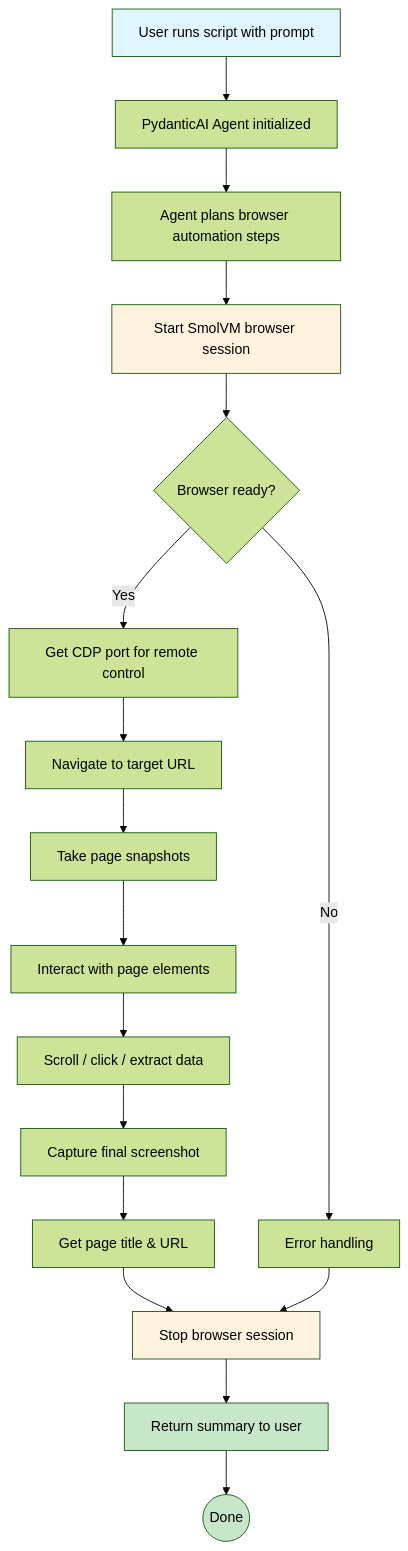
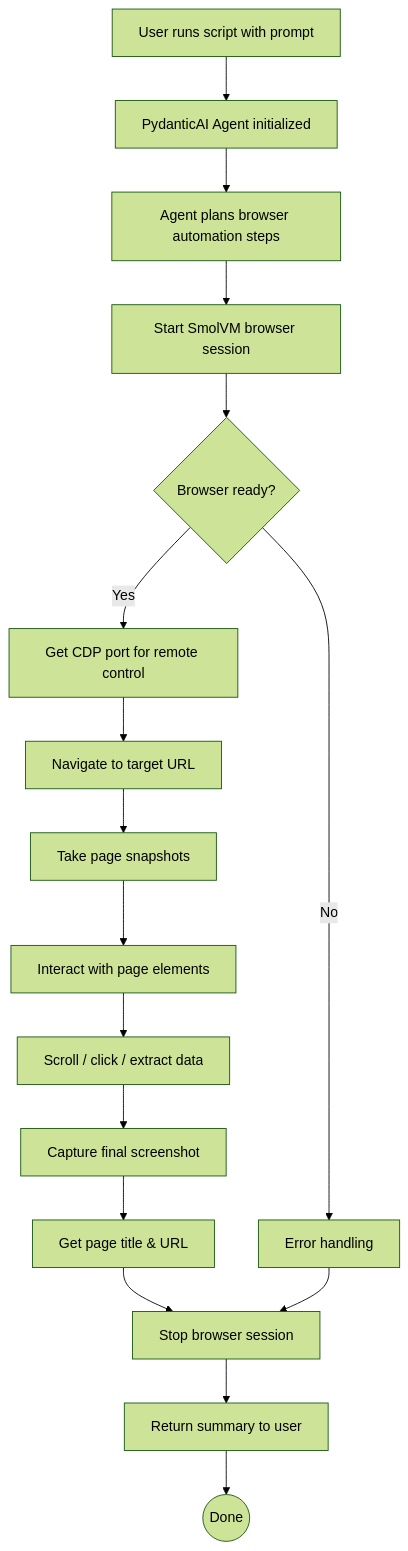
One commit to gaby/SmolVM changed the diagram in examples/agent_tools/README.md. Above: the diagram before and after it, drawn with Mermaid (forest theme).

Commit message:
Remove style definitions from README.md (#88)
Removed style definitions for flowchart elements.

````diff
--- a/examples/agent_tools/README.md
+++ b/examples/agent_tools/README.md
@@ -7,30 +7,24 @@
 ```mermaid
 flowchart TD
     A[User runs script with prompt] --> B[PydanticAI Agent initialized]
     B --> C[Agent plans browser automation steps]
     
     C --> D[Start SmolVM browser session]
     D --> E{Browser ready?}
     E -->|Yes| F[Get CDP port for remote control]
     E -->|No| X[Error handling]
     
     F --> G[Navigate to target URL]
     G --> H[Take page snapshots]
     H --> I[Interact with page elements]
     I --> J[Scroll / click / extract data]
     
     J --> K[Capture final screenshot]
     K --> L[Get page title & URL]
     L --> M[Stop browser session]
     
     M --> N[Return summary to user]
     N --> O((Done))
     
     X --> M
-
-    style A fill:#e1f5fe
-    style O fill:#c8e6c9
-    style D fill:#fff3e0
-    style M fill:#fff3e0
-    style N fill:#c8e6c9
 ```
````
